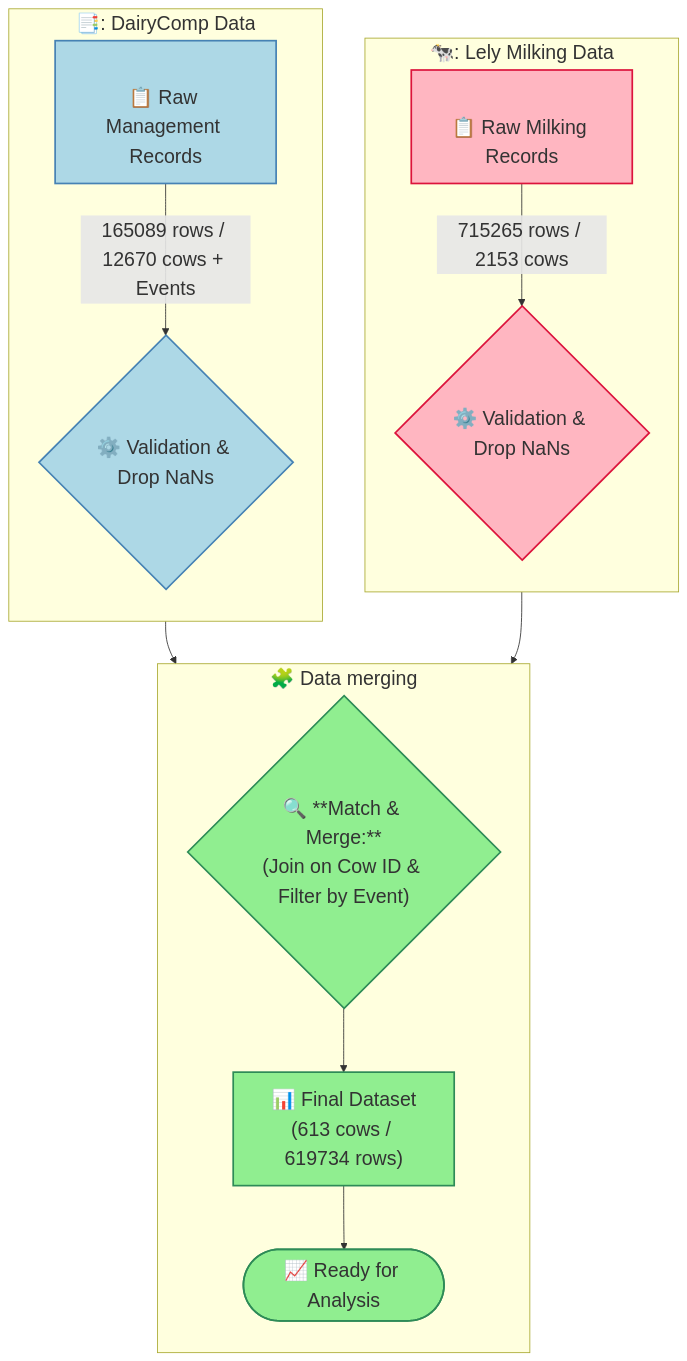
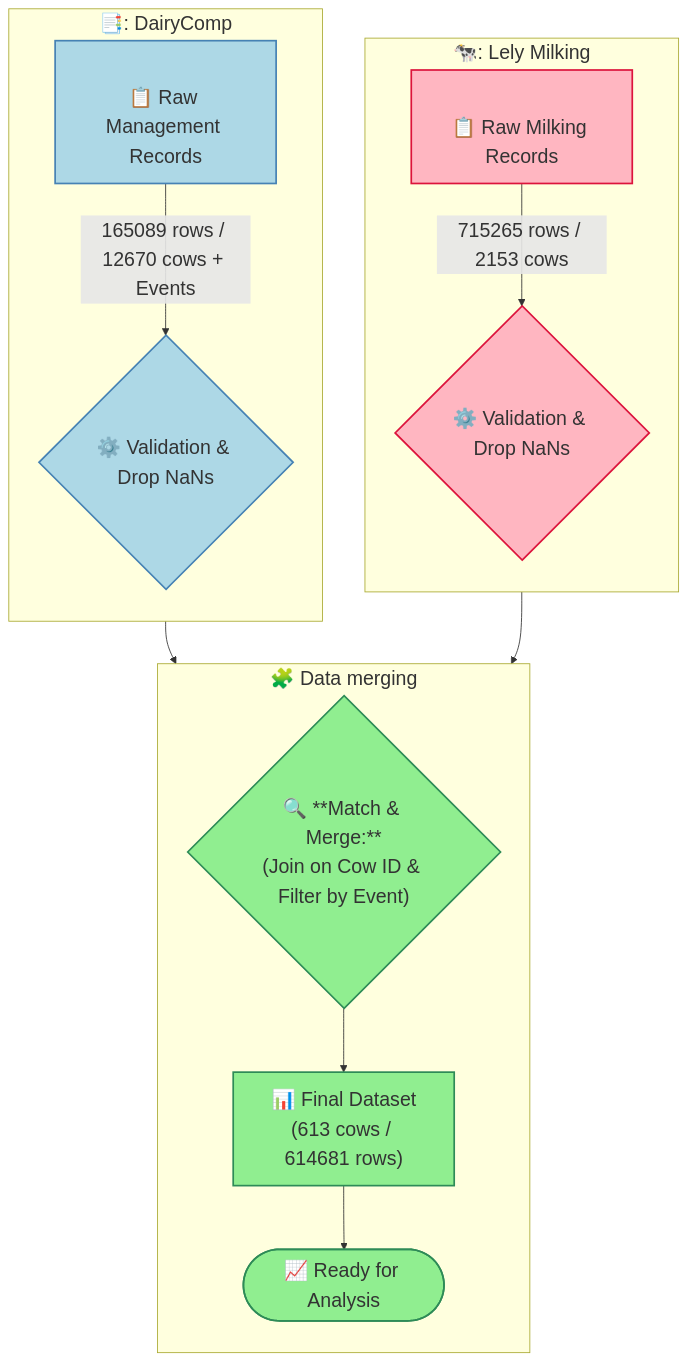
The diagram in data_image.md (rajeshneupane7/failed_milking), drawn with Mermaid before and after one commit. The commit also changed 3 other files, not shown here.

````diff
--- a/data_image.md
+++ b/data_image.md
@@ -1,42 +1,42 @@
 ```mermaid
 %%{init: {"themeVariables": {"fontSize": "23px"}}}%%
 
 flowchart TB
     %% --- Styles ---
     %% Global font-size is set above via the init directive. Change the value
     %% in the init line ("20px") to increase/decrease font size across the diagram.
     classDef lely fill:lightpink,stroke:crimson,stroke-width:2px;
     classDef dairy fill:lightblue,stroke:steelblue,stroke-width:2px;
     classDef harmon fill:lightgreen,stroke:seagreen,stroke-width:2px;
 
     %% --- Stream 1: Lely Milking Data ---
-    subgraph S1["🐄: Lely Milking Data"]
+    subgraph S1["🐄: Lely Milking"]
     direction TB
         %% <br/> added for separation, text simplified
         A["<br/>📋 Raw Milking Records"]:::lely -->|"715265 rows / 2153 cows"| B{"⚙️ Validation & Drop NaNs"}:::lely
     end
 
     %% --- Stream 2: DairyComp Management Data ---
-    subgraph S2["📑: DairyComp Data"]
-    direction TB
-        %% <br/> added for separation, text simplified
-        E["<br/>📋 Raw Management Records"]:::dairy -->|"165089 rows / 12670 cows + Events"| F{"⚙️ Validation & Drop NaNs"}:::dairy
+    subgraph S2 ["📑: DairyComp"]
+        direction TB
+        %% Adding a bit of space at the top of the first node label
+        E["<br/>📋 Raw Management Records<br/>"]:::dairy -->|"165089 rows / 12670 cows + Events"| F{"⚙️ Validation & Drop NaNs"}:::dairy
     end
 
     %% --- Data Harmonization & Final Steps (I and J are merged) ---
     subgraph S3["🧩 Data merging "]
     direction TB
 
         %% MERGED I and J into a single step for conciseness
         I{"🔍 **Match & Merge:**<br/>(Join on Cow ID & Filter by Event)"}:::harmon
         
-        K["📊 Final Dataset<br/>(613 cows / 619734 rows)"]:::harmon
+        K["📊 Final Dataset<br/>(613 cows / 614681 rows)"]:::harmon
         
         I --> K
         K --> L(["📈 Ready for Analysis"]):::harmon
     end
 
     %% --- Layout Connections ---
     B --> I
     F --> I
 ```
````
